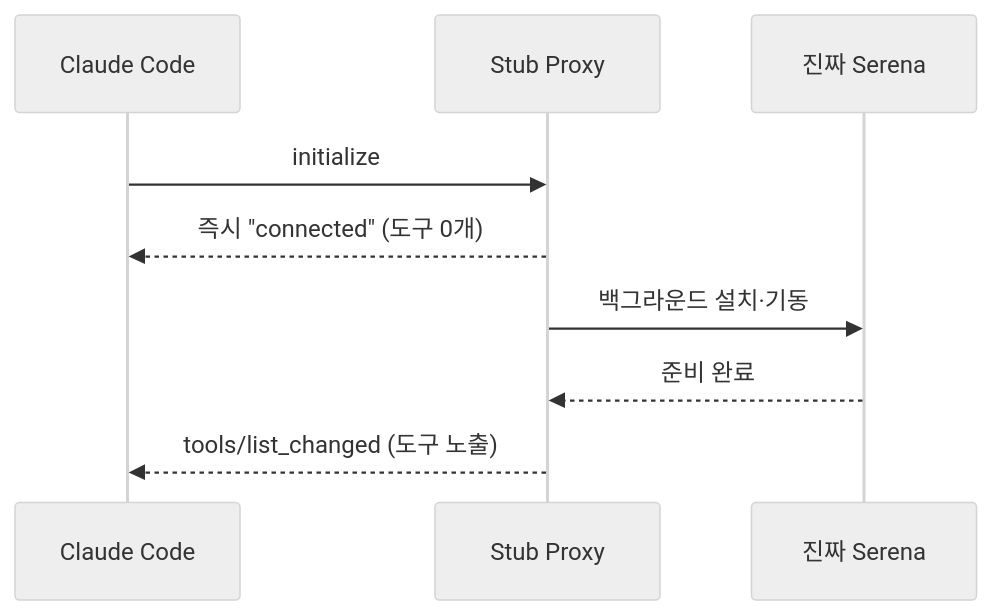
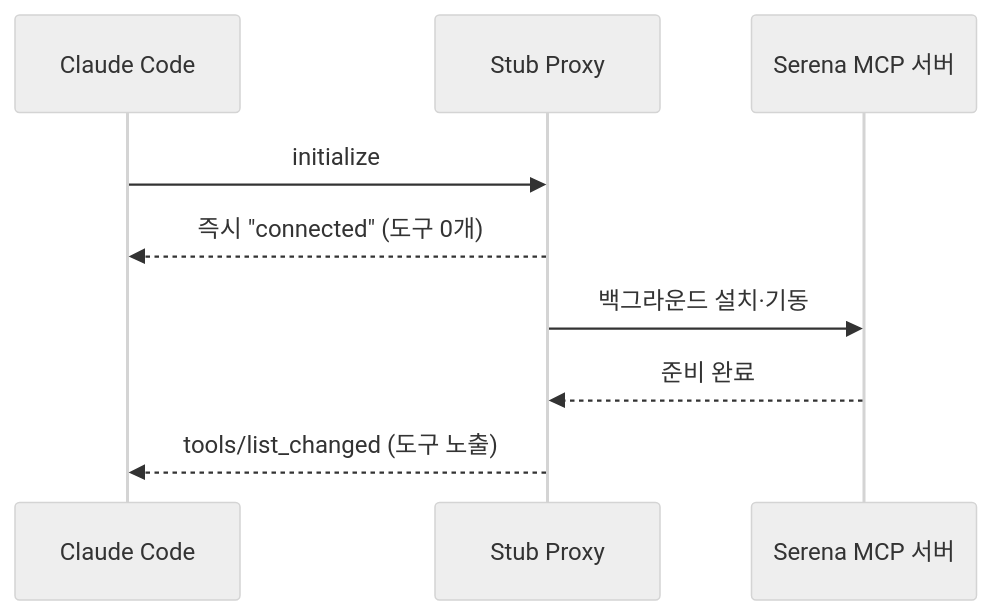
One commit to RJ-Stony/injoy changed the diagram in src/content/posts/harness-3-serena-proxy.md. Above: the diagram before and after it, drawn with Mermaid (neutral theme). The commit also changed other lines of this file and 39 other files, not shown here.

````diff
--- a/src/content/posts/harness-3-serena-proxy.md
+++ b/src/content/posts/harness-3-serena-proxy.md
@@ -22,11 +22,11 @@
 ```mermaid
 sequenceDiagram
     participant CC as Claude Code
     participant PX as Stub Proxy
-    participant SR as 진짜 Serena
+    participant SR as Serena MCP 서버
     CC->>PX: initialize
     PX-->>CC: 즉시 "connected" (도구 0개)
     PX->>SR: 백그라운드 설치·기동
     SR-->>PX: 준비 완료
     PX-->>CC: tools/list_changed (도구 노출)
 ```
````
